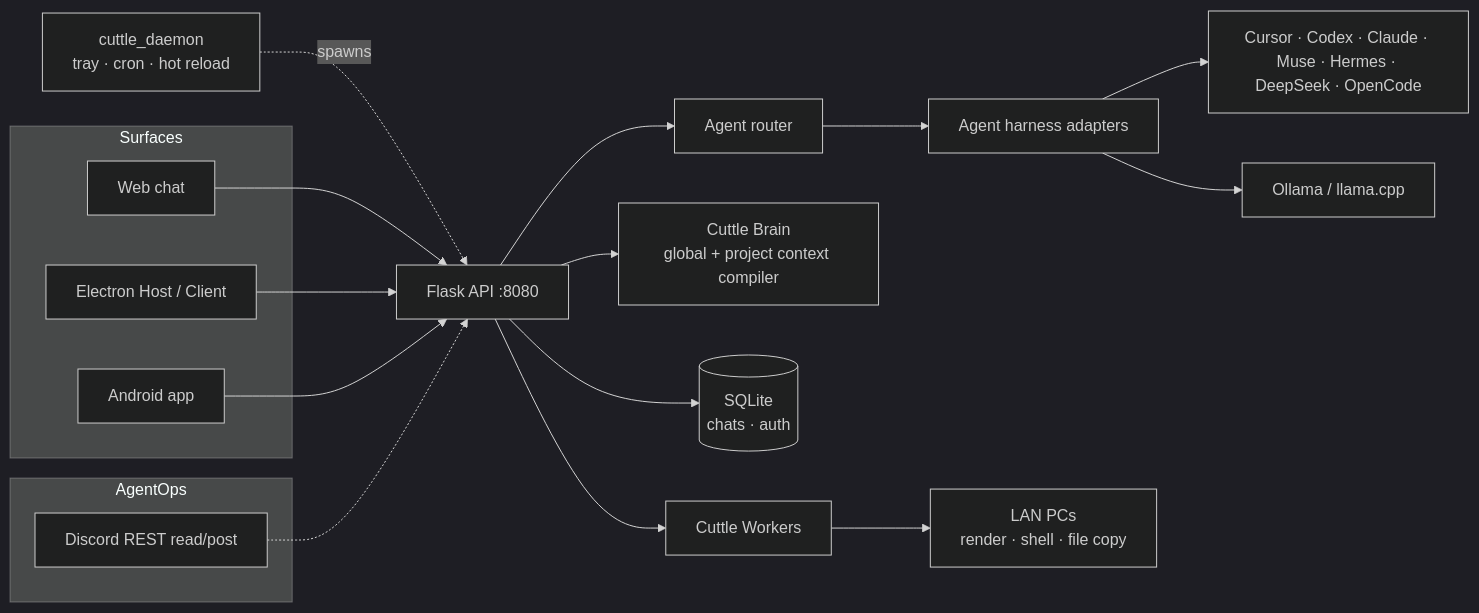
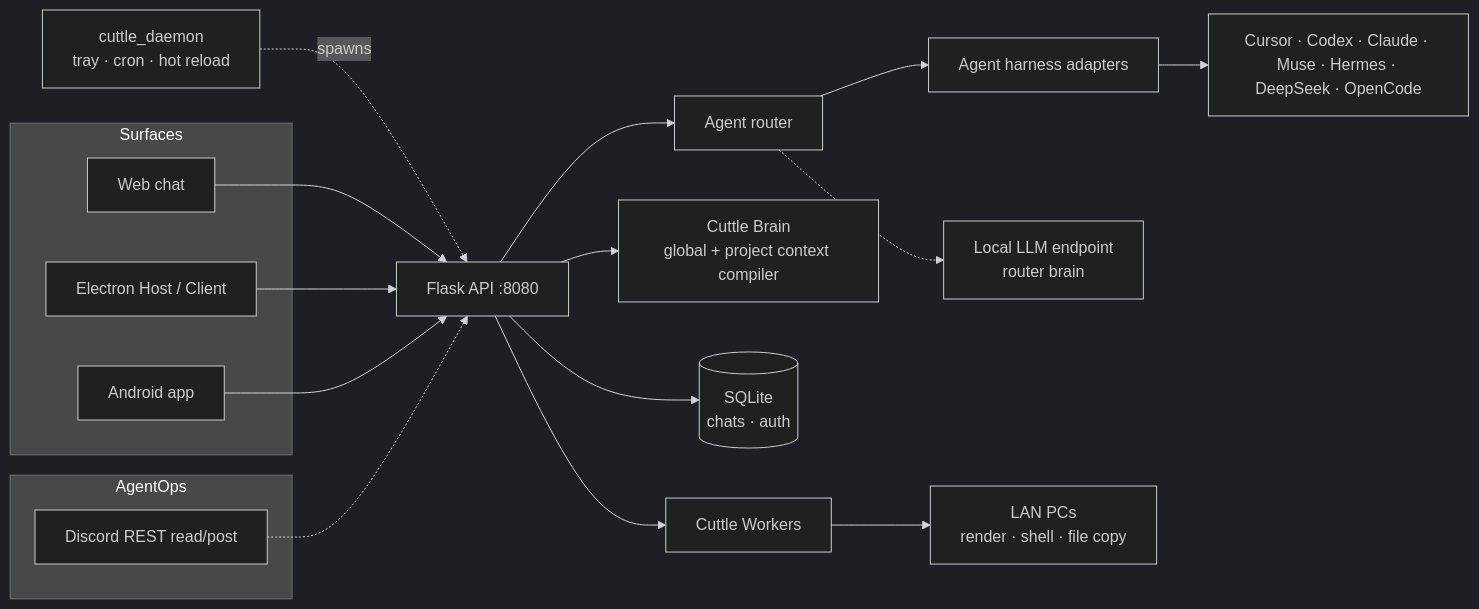
One commit to kidchemical/Cuttle changed the diagram in README.md. Above: the diagram before and after it, drawn with Mermaid (dark theme). The commit also changed other lines of this file and 13 other files, not shown here.

````diff
--- a/README.md
+++ b/README.md
@@ -176,22 +171,22 @@
 ```mermaid
 flowchart LR
   subgraph Surfaces
     Web[Web chat]
     Desk[Electron Host / Client]
     Phone[Android app]
   end
   subgraph AgentOps
     DiscordREST[Discord REST read/post]
   end
   Daemon[cuttle_daemon<br/>tray · cron · hot reload] -. spawns .-> API
   Web & Desk & Phone --> API[Flask API :8080]
   DiscordREST -.-> API
   API --> Router[Agent router]
   Router --> Harness[Agent harness adapters]
   Harness --> CLIs[Cursor · Codex · Claude · Muse · Hermes · DeepSeek · OpenCode]
-  Harness --> Local[Ollama / llama.cpp]
+  Router -.-> Local[Local LLM endpoint<br/>router brain]
   API --> Brain[Cuttle Brain<br/>global + project context compiler]
   API --> Store[(SQLite<br/>chats · auth)]
   API --> Workers[Cuttle Workers]
   Workers --> Mesh[LAN PCs<br/>render · shell · file copy]
 ```
````
